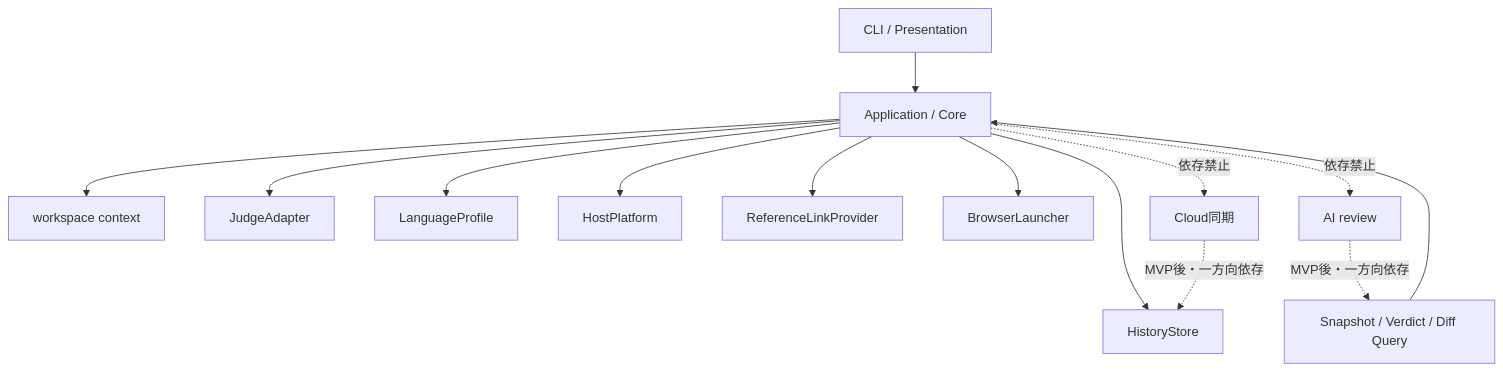
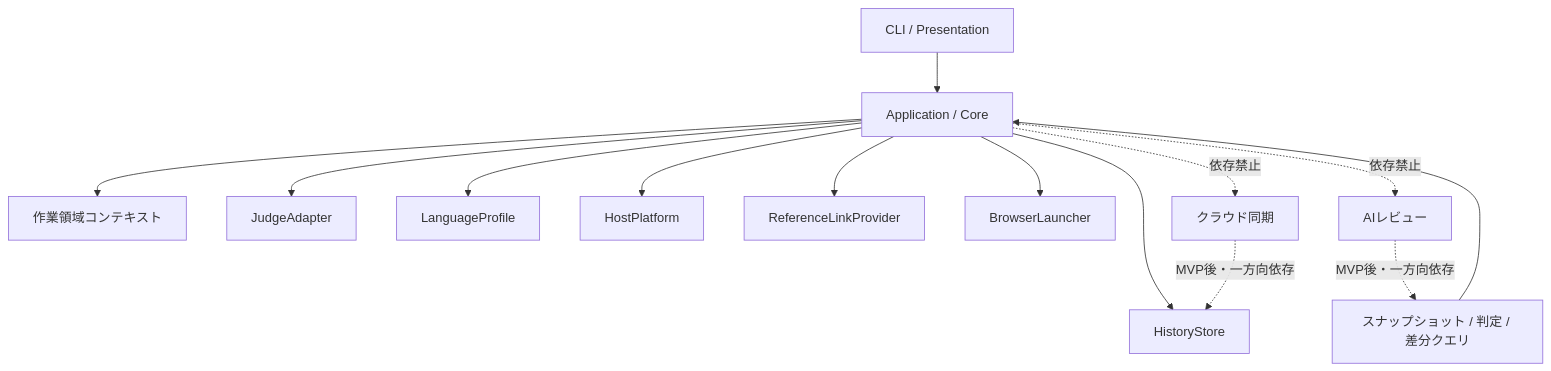
Before and after one commit to mgmaru/algo-loom: the third of 3 diagrams in spec/features.md, drawn with Mermaid. The commit also changed other lines of this file and 5 other files, not shown here.

````diff
--- a/spec/features.md
+++ b/spec/features.md
@@ -624,17 +625,17 @@
 ```mermaid
 flowchart TB
     CLI[CLI / Presentation] --> CORE[Application / Core]
-    CORE --> CTX[workspace context]
+    CORE --> CTX[作業領域コンテキスト]
     CORE --> J[JudgeAdapter]
     CORE --> L[LanguageProfile]
     CORE --> H[HostPlatform]
     CORE --> S[HistoryStore]
     CORE --> R[ReferenceLinkProvider]
     CORE --> B[BrowserLauncher]
 
-    AI[AI review] -. MVP後・一方向依存 .-> Q[Snapshot / Verdict / Diff Query]
+    AI[AIレビュー] -. MVP後・一方向依存 .-> Q[スナップショット / 判定 / 差分クエリ]
     Q --> CORE
-    SYNC[Cloud同期] -. MVP後・一方向依存 .-> S
+    SYNC[クラウド同期] -. MVP後・一方向依存 .-> S
     CORE -. 依存禁止 .-> AI
     CORE -. 依存禁止 .-> SYNC
 ```
````
